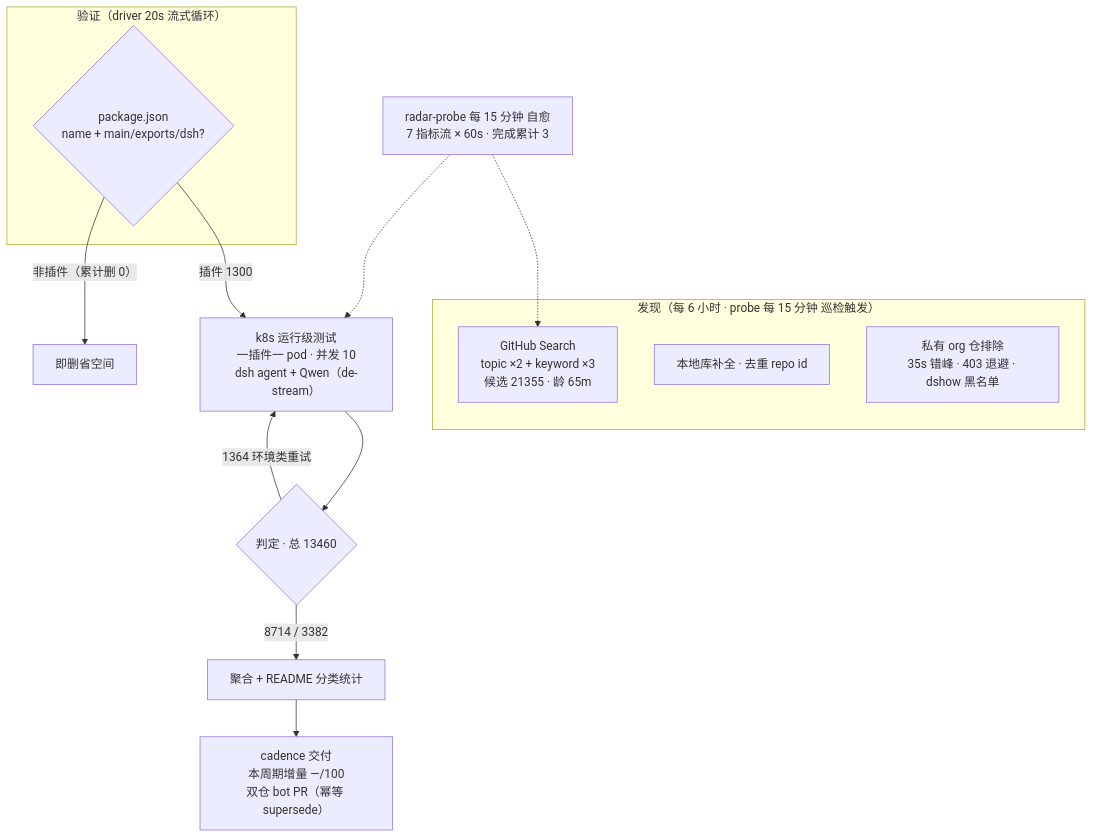
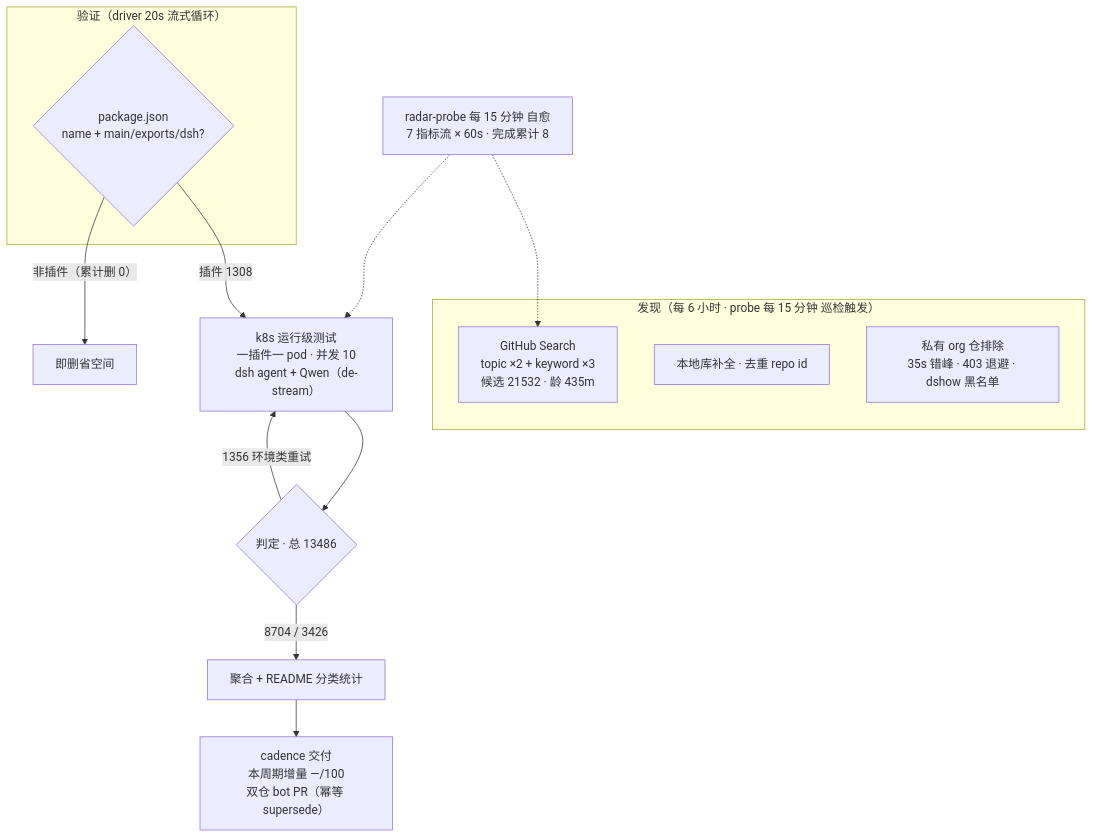
One commit to 1420079678-ctrl/dsh-plugin-radar changed the diagram in README.md. Above: the diagram before and after it, drawn with Mermaid. The commit also changed other lines of this file and 15 other files, not shown here.

````diff
--- a/README.md
+++ b/README.md
@@ -51,20 +51,20 @@
 ```mermaid
 flowchart TB
     subgraph Discovery["发现（每 6 小时 · probe 每 15 分钟 巡检触发）"]
-        A1["GitHub Search<br/>topic ×2 + keyword ×3<br/>候选 21355 · 龄 65m"]
+        A1["GitHub Search<br/>topic ×2 + keyword ×3<br/>候选 21532 · 龄 435m"]
         A2["本地库补全 · 去重 repo id"]
         A3["私有 org 仓排除<br/>35s 错峰 · 403 退避 · dshow 黑名单"]
     end
     subgraph Validation["验证（driver 20s 流式循环）"]
         B1{"package.json<br/>name + main/exports/dsh?"}
     end
-    B1 -->|"插件 1300"| C1["k8s 运行级测试<br/>一插件一 pod · 并发 10<br/>dsh agent + Qwen（de-stream）"]
+    B1 -->|"插件 1308"| C1["k8s 运行级测试<br/>一插件一 pod · 并发 10<br/>dsh agent + Qwen（de-stream）"]
     B1 -->|"非插件（累计删 0）"| B3["即删省空间"]
-    C1 --> D1{"判定 · 总 13460"}
-    D1 -->|"8714 / 3382"| E1["聚合 + README 分类统计"]
-    D1 -->|"1364 环境类重试"| C1
+    C1 --> D1{"判定 · 总 13486"}
+    D1 -->|"8704 / 3426"| E1["聚合 + README 分类统计"]
+    D1 -->|"1356 环境类重试"| C1
     E1 --> E2["cadence 交付<br/>本周期增量 —/100<br/>双仓 bot PR（幂等 supersede）"]
-    M["radar-probe 每 15 分钟 自愈<br/>7 指标流 × 60s · 完成累计 3"]
+    M["radar-probe 每 15 分钟 自愈<br/>7 指标流 × 60s · 完成累计 8"]
     M -.-> A1
     M -.-> C1
 ```
````
